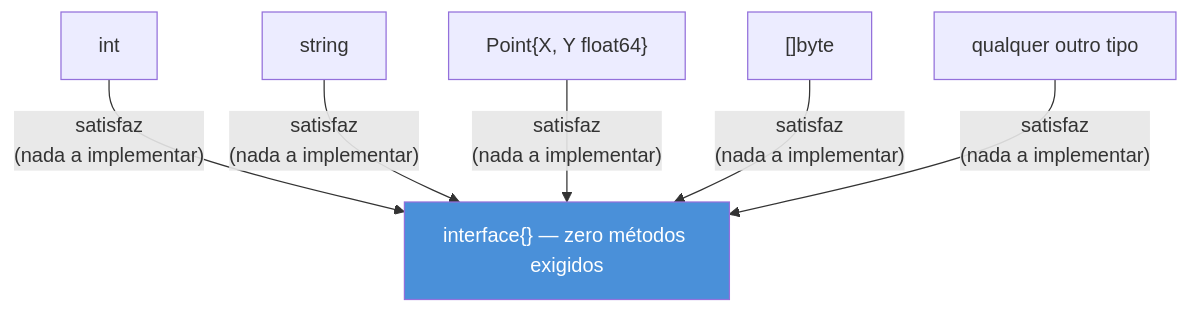
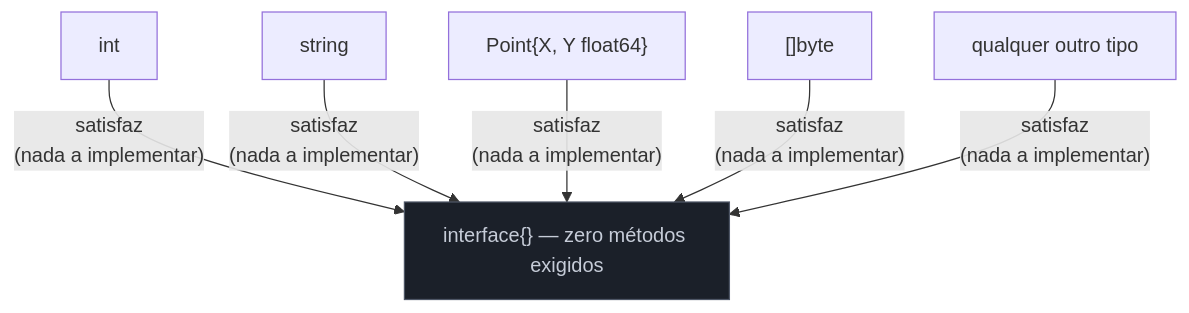
The diagram in 03-Dominios/Tecnologia/Go/03 - Interfaces e composição/02 - O empty interface e any.md (josenaldo/codex-technomanticus), drawn with Mermaid before and after one commit. The commit also changed 1181 other files, not shown here.

First line of the commit message:
fix(diagramas): paleta do sistema no lugar de cor cravada no markdown

````diff
--- a/03-Dominios/Tecnologia/Go/03 - Interfaces e composição/02 - O empty interface e any.md
+++ b/03-Dominios/Tecnologia/Go/03 - Interfaces e composição/02 - O empty interface e any.md
@@ -46,11 +46,12 @@
 ```mermaid
 flowchart TB
+    classDef neutro fill:#1B2029,stroke:#4E5666,color:#C6CCD8
     I["interface{} — zero métodos exigidos"]
     A["int"] -->|"satisfaz\n(nada a implementar)"| I
     B["string"] -->|"satisfaz\n(nada a implementar)"| I
     C["Point{X, Y float64}"] -->|"satisfaz\n(nada a implementar)"| I
     D["[]byte"] -->|"satisfaz\n(nada a implementar)"| I
     E["qualquer outro tipo"] -->|"satisfaz\n(nada a implementar)"| I
 
-    style I fill:#4A90D9,color:#fff
+    class I neutro
 ```
````
